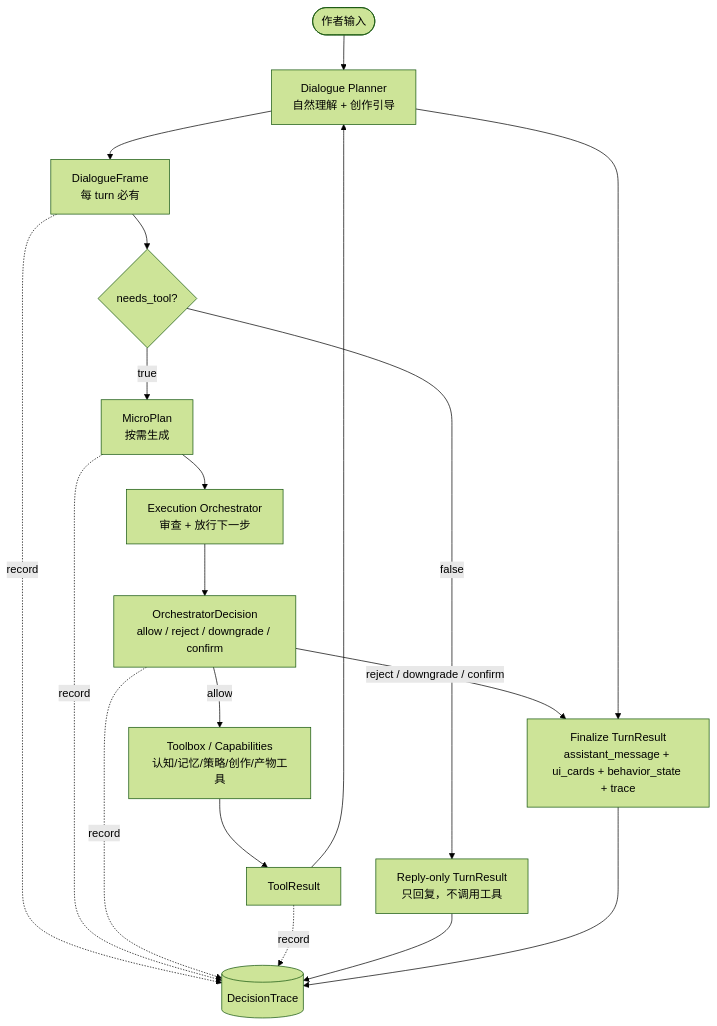
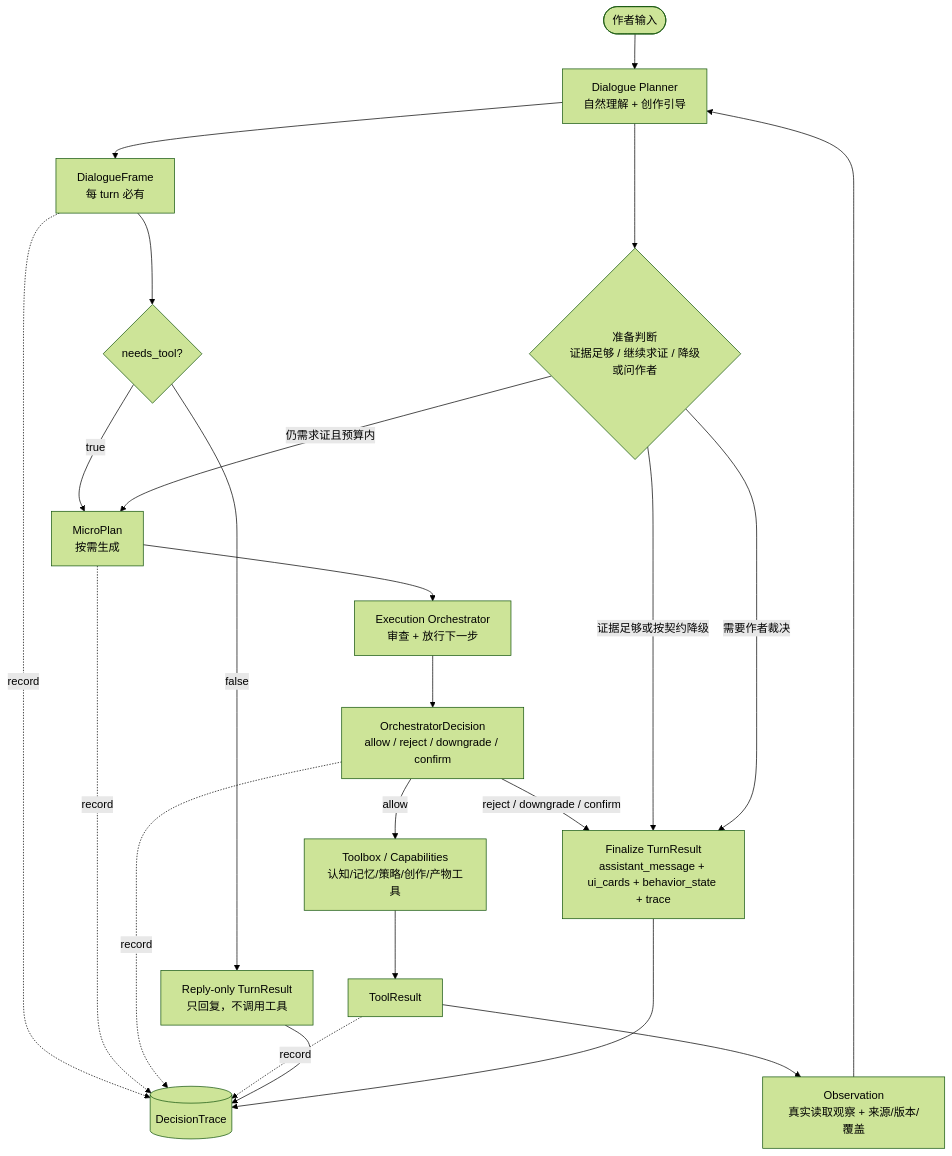
One commit to tongsh6/ai-novel-studio changed the diagram in docs/design/00b-end-to-end-dialogue-flow.md. Above: the diagram before and after it, drawn with Mermaid (forest theme). The commit also changed other lines of this file and 33 other files, not shown here.

````diff
--- a/docs/design/00b-end-to-end-dialogue-flow.md
+++ b/docs/design/00b-end-to-end-dialogue-flow.md
@@ -61,34 +61,40 @@
 ```mermaid
 flowchart TD
     Author([作者输入])
     Planner[Dialogue Planner<br/>自然理解 + 创作引导]
     Frame[DialogueFrame<br/>每 turn 必有]
     NeedTool{needs_tool?}
     ReplyOnly[Reply-only TurnResult<br/>只回复，不调用工具]
     MicroPlan[MicroPlan<br/>按需生成]
     Exec[Execution Orchestrator<br/>审查 + 放行下一步]
     Decision[OrchestratorDecision<br/>allow / reject / downgrade / confirm]
     Toolbox[Toolbox / Capabilities<br/>认知/记忆/策略/创作/产物工具]
     ToolResult[ToolResult]
+    Observation[Observation<br/>真实读取观察 + 来源/版本/覆盖]
+    Prepare{准备判断<br/>证据足够 / 继续求证 / 降级或问作者}
     Finalize[Finalize TurnResult<br/>assistant_message + ui_cards + behavior_state + trace]
     Trace[(DecisionTrace)]
 
     Author --> Planner
     Planner --> Frame
     Frame --> NeedTool
     NeedTool -->|false| ReplyOnly
     NeedTool -->|true| MicroPlan
     MicroPlan --> Exec
     Exec --> Decision
     Decision -->|allow| Toolbox
     Decision -->|reject / downgrade / confirm| Finalize
     Toolbox --> ToolResult
-    ToolResult --> Planner
-    Planner --> Finalize
+    ToolResult --> Observation
+    Observation --> Planner
+    Planner --> Prepare
+    Prepare -->|证据足够或按契约降级| Finalize
+    Prepare -->|仍需求证且预算内| MicroPlan
+    Prepare -->|需要作者裁决| Finalize
     Frame -. record .-> Trace
     MicroPlan -. record .-> Trace
     Decision -. record .-> Trace
     ToolResult -. record .-> Trace
     ReplyOnly --> Trace
     Finalize --> Trace
 ```
````
